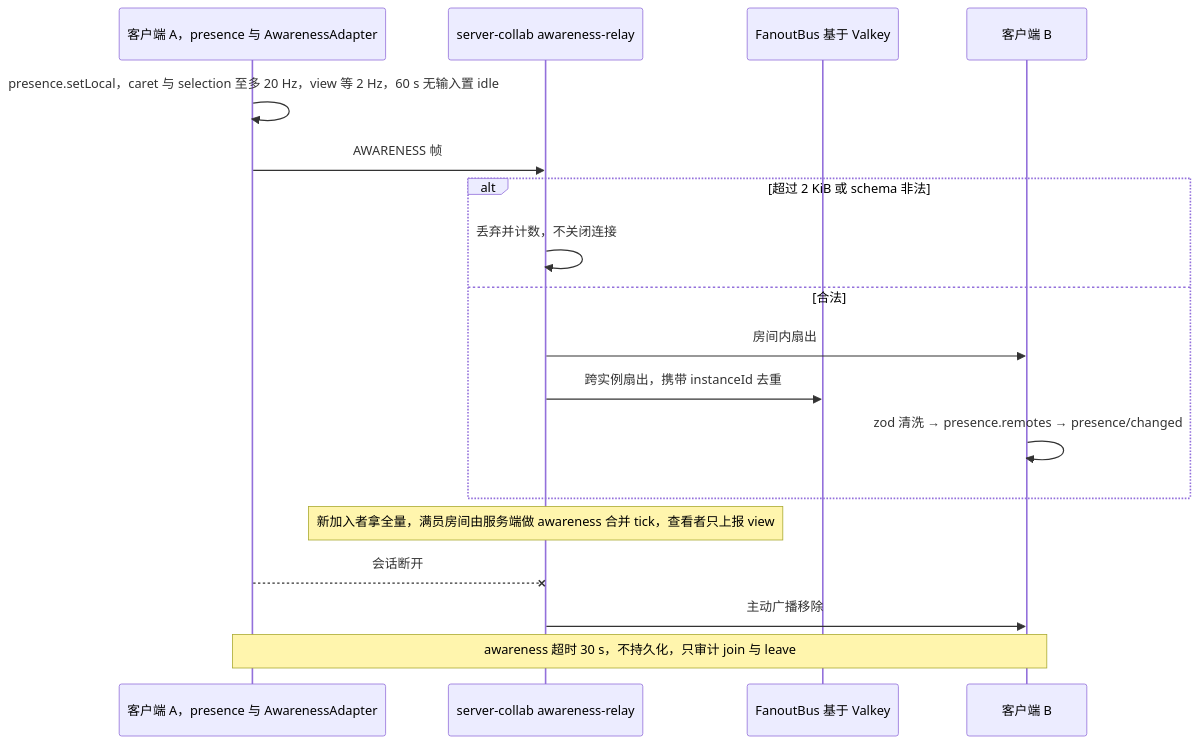
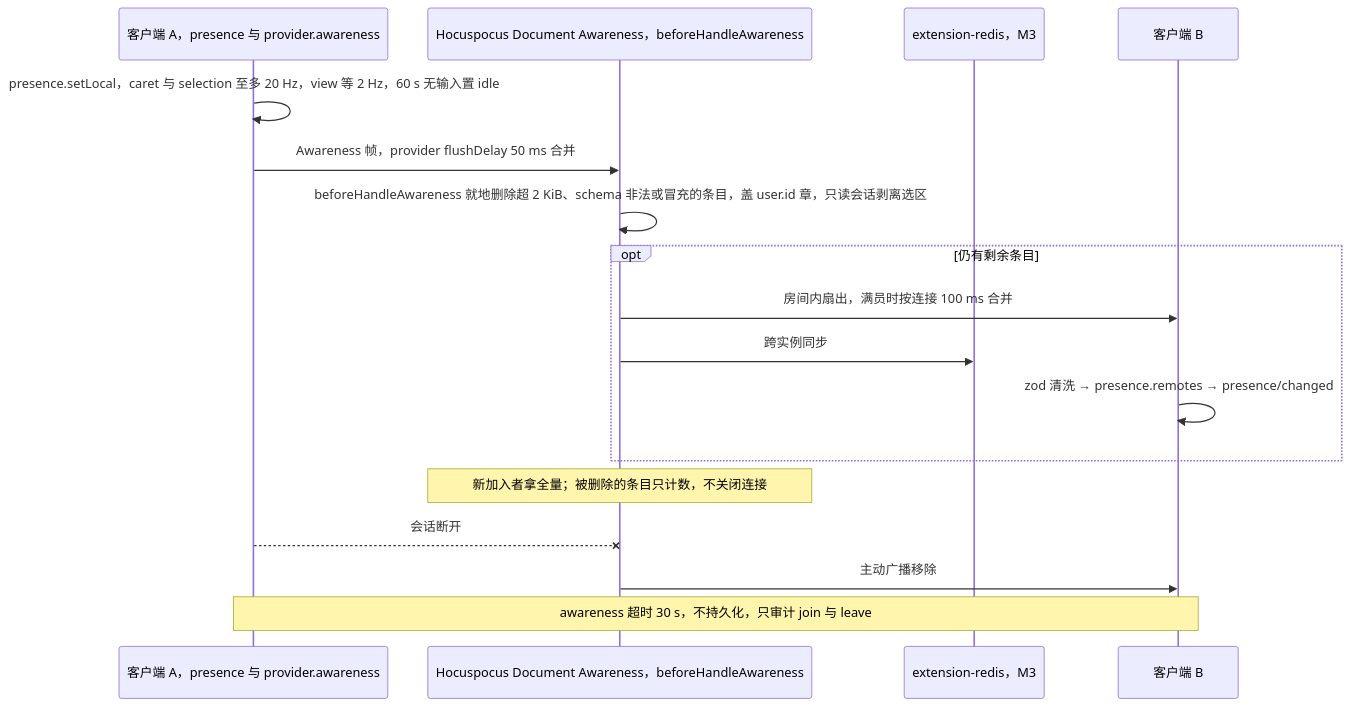
Diagram 11 of 15 in docs/30-architecture/06-collaboration.md (Xeonice/cordis-ppt-editor), drawn with Mermaid before and after one commit. The commit also changed other lines of this file and 78 other files, not shown here.

````diff
--- a/docs/30-architecture/06-collaboration.md
+++ b/docs/30-architecture/06-collaboration.md
@@ -801,20 +820,19 @@
 ```mermaid
 sequenceDiagram
-  participant A as 客户端 A，presence 与 AwarenessAdapter
-  participant S as server-collab awareness-relay
-  participant F as FanoutBus 基于 Valkey
+  participant A as 客户端 A，presence 与 provider.awareness
+  participant S as Hocuspocus Document Awareness，beforeHandleAwareness
+  participant F as extension-redis，M3
   participant B as 客户端 B
   A->>A: presence.setLocal，caret 与 selection 至多 20 Hz，view 等 2 Hz，60 s 无输入置 idle
-  A->>S: AWARENESS 帧
-  alt 超过 2 KiB 或 schema 非法
-    S->>S: 丢弃并计数，不关闭连接
-  else 合法
-    S->>B: 房间内扇出
-    S->>F: 跨实例扇出，携带 instanceId 去重
+  A->>S: Awareness 帧，provider flushDelay 50 ms 合并
+  S->>S: beforeHandleAwareness 就地删除超 2 KiB、schema 非法或冒充的条目，盖 user.id 章，只读会话剥离选区
+  opt 仍有剩余条目
+    S->>B: 房间内扇出，满员时按连接 100 ms 合并
+    S->>F: 跨实例同步
     B->>B: zod 清洗 → presence.remotes → presence/changed
   end
-  Note over S: 新加入者拿全量，满员房间由服务端做 awareness 合并 tick，查看者只上报 view
+  Note over S: 新加入者拿全量；被删除的条目只计数，不关闭连接
   A--xS: 会话断开
   S->>B: 主动广播移除
   Note over A,B: awareness 超时 30 s，不持久化，只审计 join 与 leave
 ```
````
